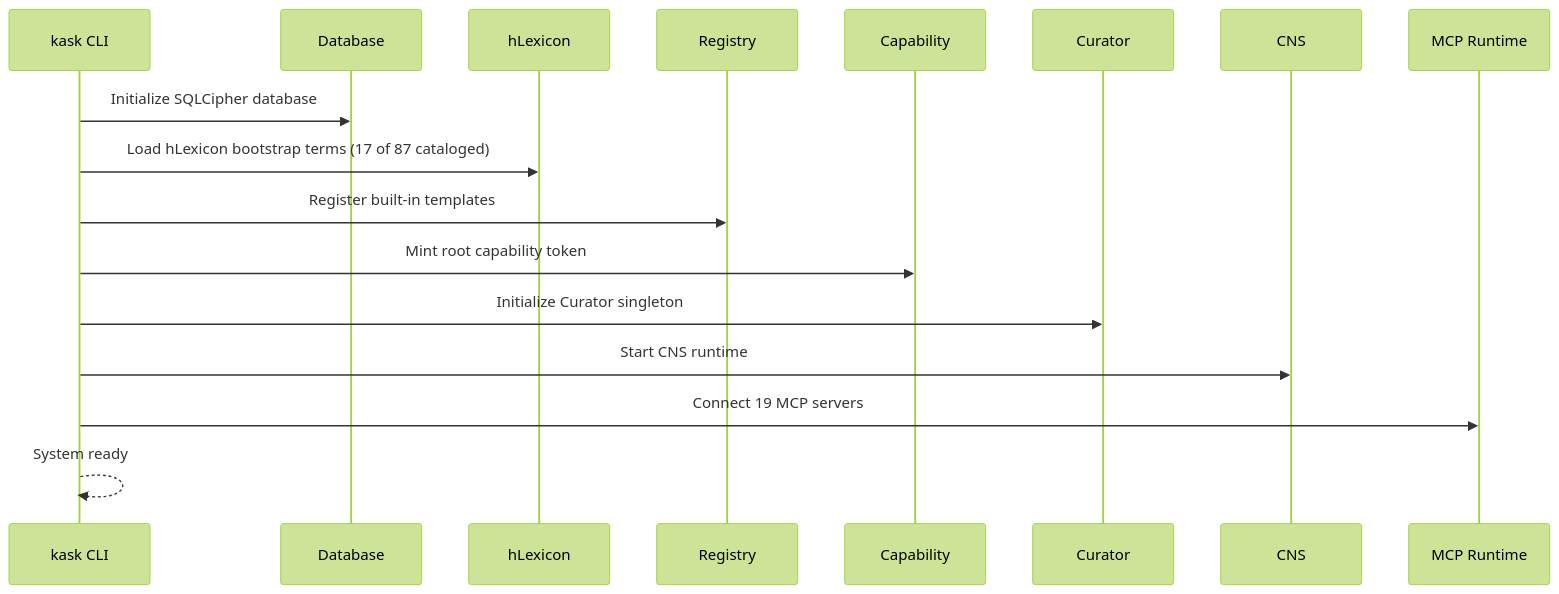
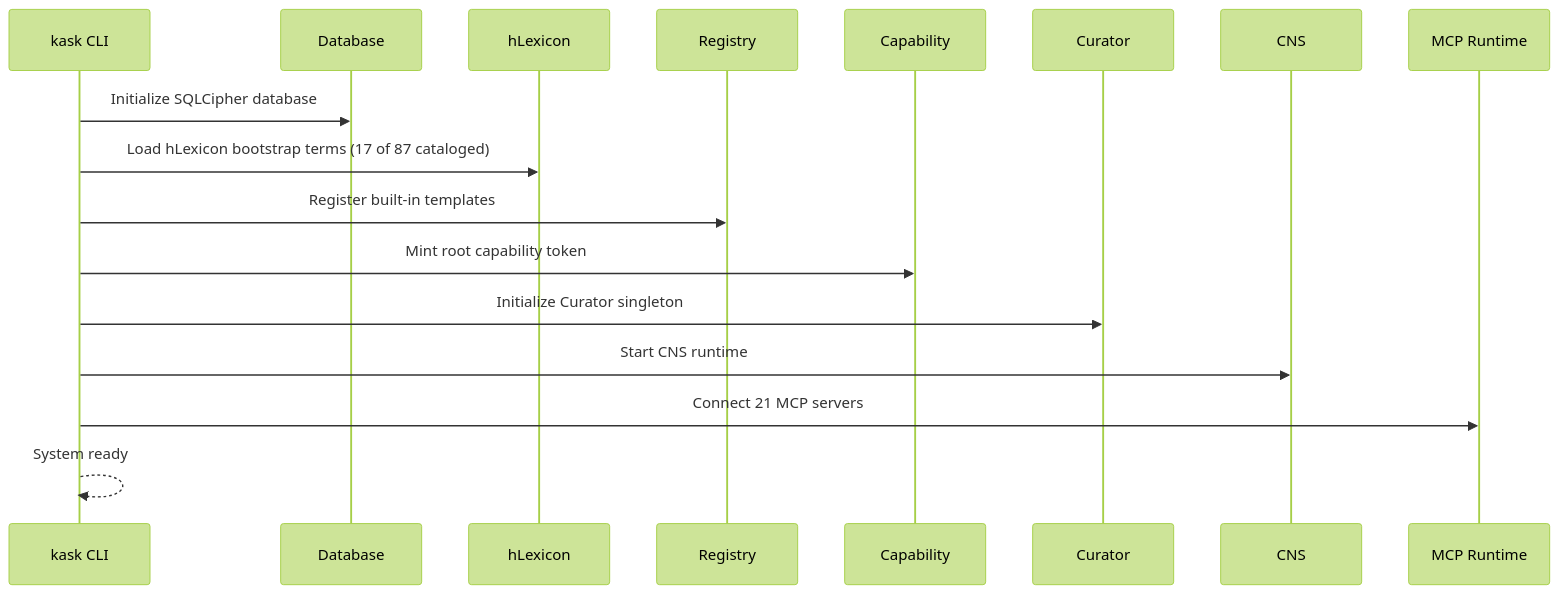
One commit to mdz-axo/hKask changed the second of 3 diagrams in docs/architecture/persistence-and-lifecycle.md. Above: the diagram before and after it, drawn with Mermaid (forest theme). The commit also changed 87 other files, not shown here.

````diff
--- a/docs/architecture/persistence-and-lifecycle.md
+++ b/docs/architecture/persistence-and-lifecycle.md
@@ -210,20 +210,20 @@
 ```mermaid
 sequenceDiagram
     participant CLI as kask CLI
     participant DB as Database
     participant LEX as hLexicon
     participant REG as Registry
     participant CAP as Capability
     participant CUR as Curator
     participant CNS as CNS
     participant MCP as MCP Runtime
 
     CLI->>DB: Initialize SQLCipher database
     CLI->>LEX: Load hLexicon bootstrap terms (17 of 87 cataloged)
     CLI->>REG: Register built-in templates
     CLI->>CAP: Mint root capability token
     CLI->>CUR: Initialize Curator singleton
     CLI->>CNS: Start CNS runtime
-    CLI->>MCP: Connect 19 MCP servers
-    CLI-->>CLI: System ready
+        CLI->>MCP: Connect 21 MCP servers
+        CLI-->>CLI: System ready
 ```
````
